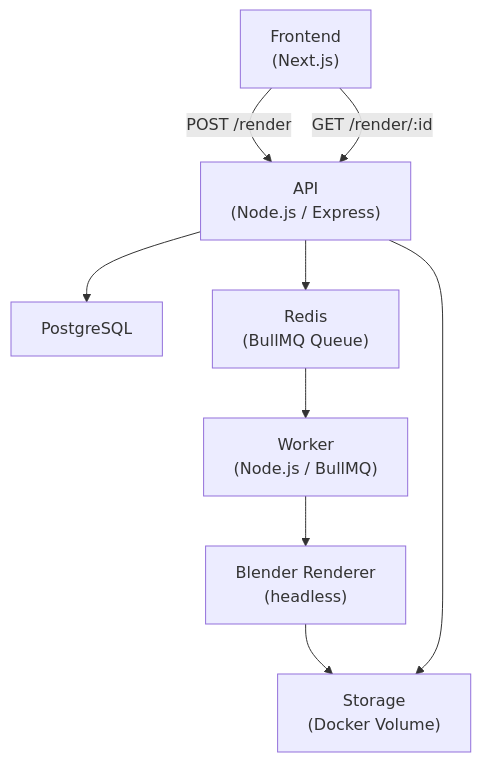
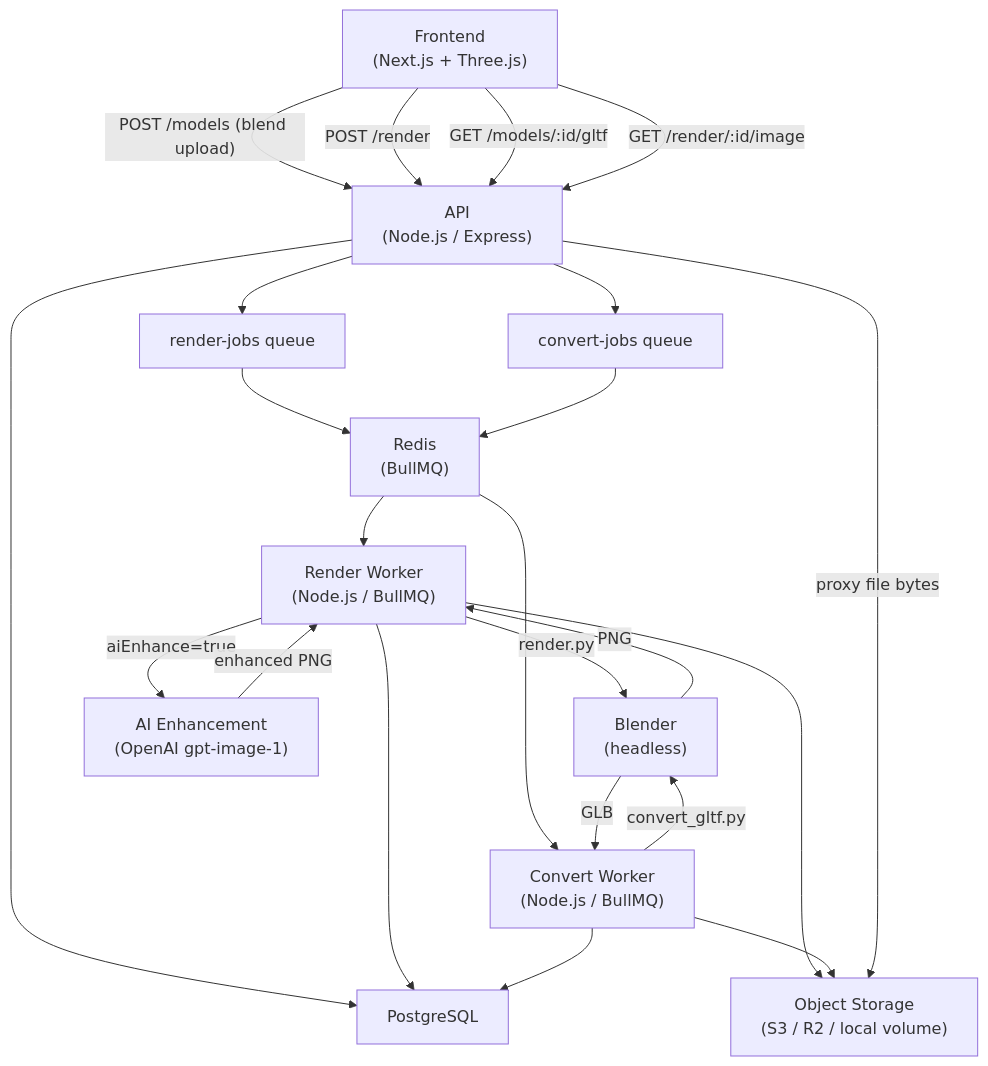
One commit to giovanizaghi/3d-room-platform changed the first of 3 diagrams in docs/architecture/01-overview.md. Above: the diagram before and after it, drawn with Mermaid. The commit also changed other lines of this file and 5 other files, not shown here.

First line of the commit message:
Refactor API and Worker Architecture

````diff
--- a/docs/architecture/01-overview.md
+++ b/docs/architecture/01-overview.md
@@ -11,19 +16,42 @@
 ```mermaid
 flowchart TD
-    FE["Frontend<br>(Next.js)"]
-    API["API<br>(Node.js / Express)"]
+    FE["Frontend\n(Next.js + Three.js)"]
+    API["API\n(Node.js / Express)"]
     DB["PostgreSQL"]
-    Queue["Redis<br>(BullMQ Queue)"]
-    Worker["Worker<br>(Node.js / BullMQ)"]
-    Renderer["Blender Renderer<br>(headless)"]
-    Storage["Storage<br>(Docker Volume)"]
+    Redis["Redis\n(BullMQ)"]
+    RenderQ["render-jobs queue"]
+    ConvertQ["convert-jobs queue"]
+    RenderW["Render Worker\n(Node.js / BullMQ)"]
+    ConvertW["Convert Worker\n(Node.js / BullMQ)"]
+    Blender["Blender\n(headless)"]
+    AI["AI Enhancement\n(OpenAI gpt-image-1)"]
+    Storage["Object Storage\n(S3 / R2 / local volume)"]
 
+    FE -->|"POST /models (blend upload)"| API
     FE -->|"POST /render"| API
+    FE -->|"GET /models/:id/gltf"| API
+    FE -->|"GET /render/:id/image"| API
+
     API --> DB
-    API --> Queue
-    Queue --> Worker
-    Worker --> Renderer
-    Renderer --> Storage
-    API --> Storage
-    FE -->|"GET /render/:id"| API
+    API --> RenderQ
+    API --> ConvertQ
+    RenderQ --> Redis
+    ConvertQ --> Redis
+
+    Redis --> RenderW
+    Redis --> ConvertW
+
+    RenderW -->|"render.py"| Blender
+    Blender -->|"PNG"| RenderW
+    RenderW -->|"aiEnhance=true"| AI
+    AI -->|"enhanced PNG"| RenderW
+    RenderW --> Storage
+    RenderW --> DB
+
+    ConvertW -->|"convert_gltf.py"| Blender
+    Blender -->|"GLB"| ConvertW
+    ConvertW --> Storage
+    ConvertW --> DB
+
+    API -->|proxy file bytes| Storage
 ```
````
